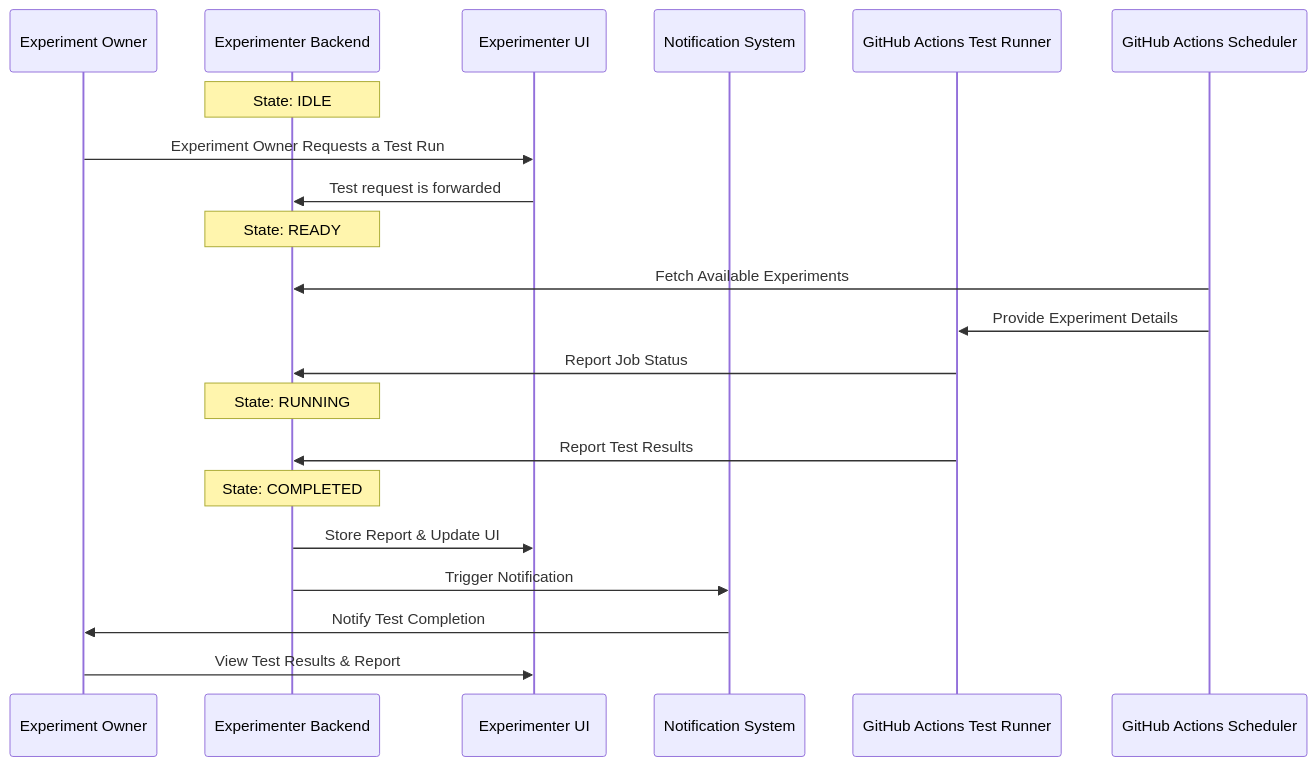
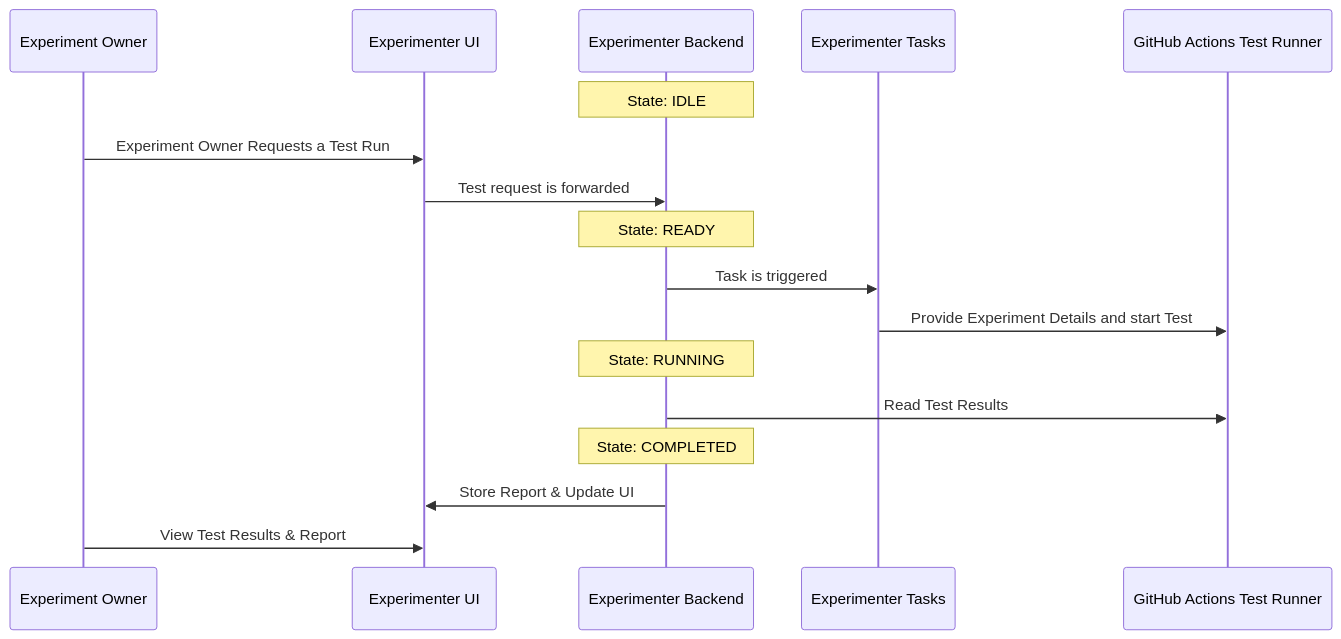
One commit to mozilla/klaatu changed the second of 3 diagrams in docs/sequences.md. Above: the diagram before and after it, drawn with Mermaid. The commit also changed other lines of this file, not shown here.

Commit message:
Update diagrams based on review.

````diff
--- a/docs/sequences.md
+++ b/docs/sequences.md
@@ -28,25 +28,21 @@
 ```mermaid
     sequenceDiagram
-        
+
         participant Experiment Owner
+        participant Experimenter UI
         participant Experimenter Backend
-        participant Experimenter UI
-        participant Notification System
+        participant Experimenter Tasks
         participant GitHub Actions Test Runner
-        participant GitHub Actions Scheduler
 
         Note over Experimenter Backend: State: IDLE
         Experiment Owner ->> Experimenter UI: Experiment Owner Requests a Test Run
         Experimenter UI ->> Experimenter Backend: Test request is forwarded
         Note over Experimenter Backend: State: READY
-        GitHub Actions Scheduler ->> Experimenter Backend: Fetch Available Experiments
-        GitHub Actions Scheduler ->> GitHub Actions Test Runner: Provide Experiment Details
-        GitHub Actions Test Runner ->> Experimenter Backend: Report Job Status
+        Experimenter Backend ->> Experimenter Tasks: Task is triggered
+        Experimenter Tasks ->> GitHub Actions Test Runner: Provide Experiment Details and start Test
         Note over Experimenter Backend: State: RUNNING
-        GitHub Actions Test Runner ->> Experimenter Backend: Report Test Results
+        Experimenter Backend ->> GitHub Actions Test Runner: Read Test Results
         Note over Experimenter Backend: State: COMPLETED
         Experimenter Backend ->> Experimenter UI: Store Report & Update UI
-        Experimenter Backend ->> Notification System: Trigger Notification
-        Notification System ->> Experiment Owner: Notify Test Completion
         Experiment Owner ->> Experimenter UI: View Test Results & Report
 ```
````
